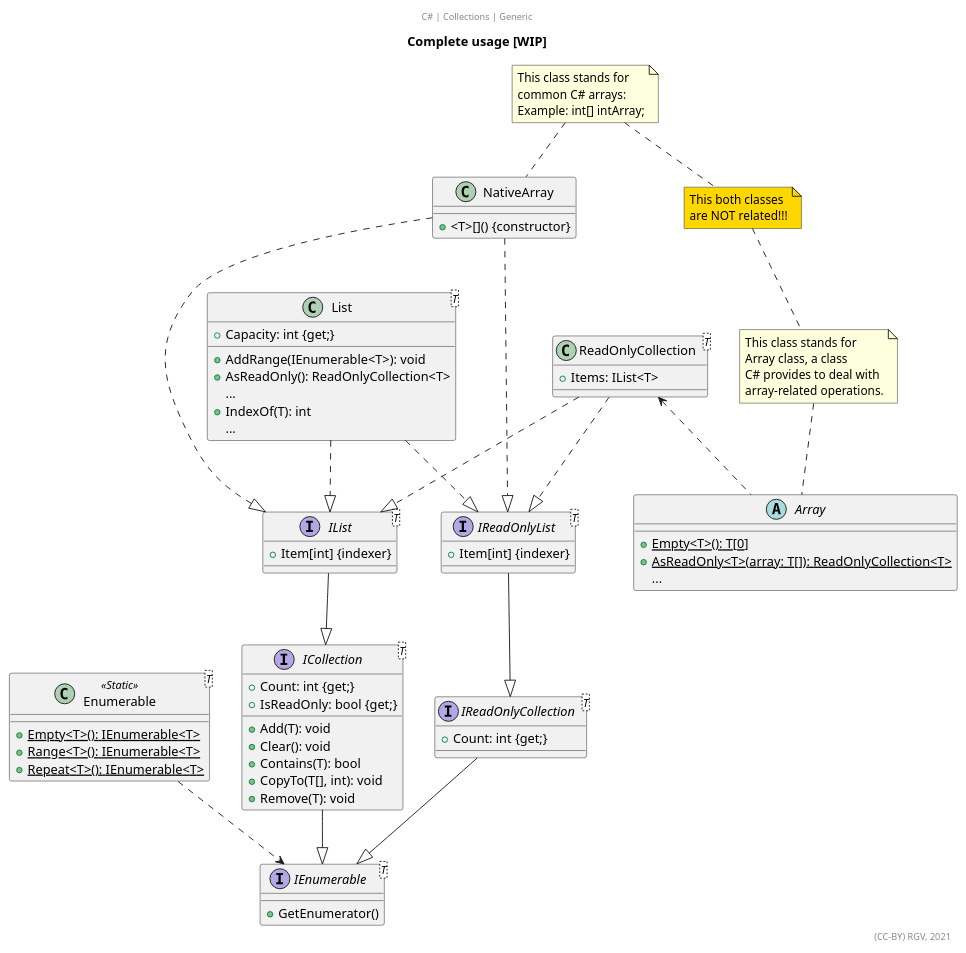
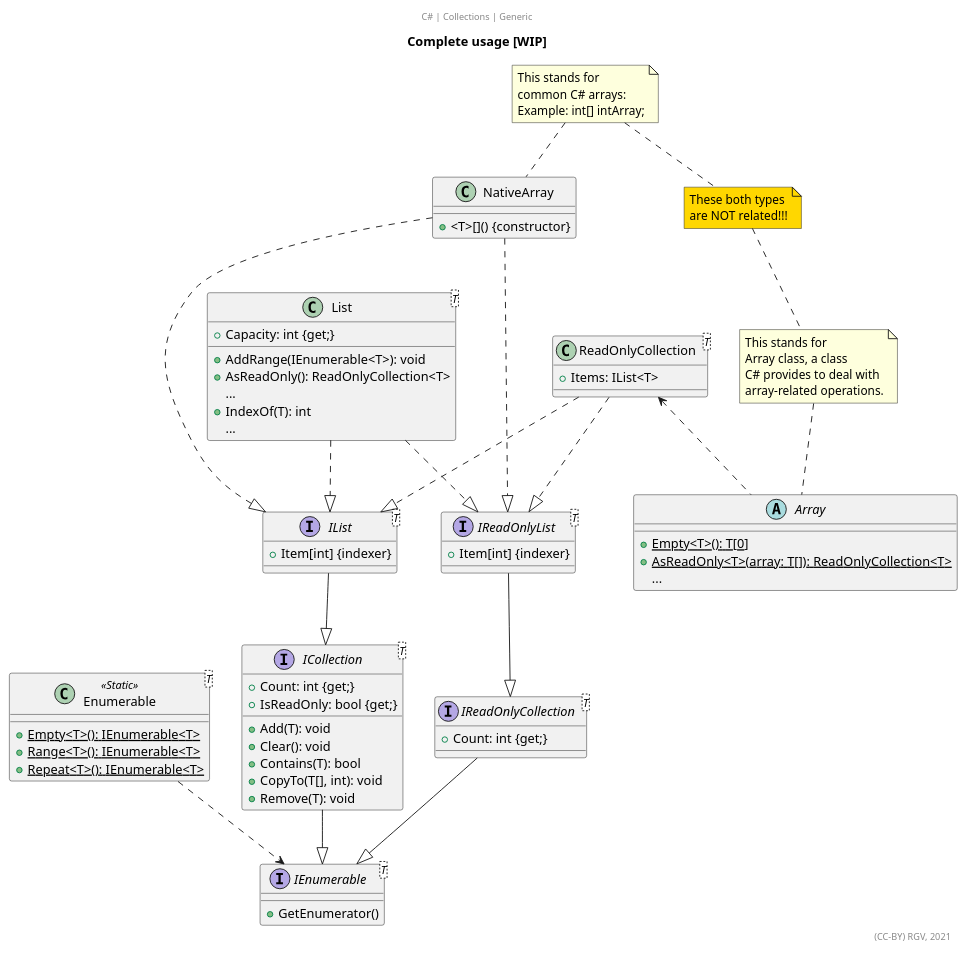
One commit to RicardoGuzmanVelasco/DomainModelling changed the diagram in C#/Collections.puml. Above: the diagram before and after it, drawn with PlantUML. The commit also changed 2 other files, not shown here.

```diff
--- a/C#/Collections.puml
+++ b/C#/Collections.puml
@@ -1,119 +1,119 @@
 @startuml
 'https://plantuml.com/class-diagram
 title Complete usage [WIP]
 center header C# | Collections | Generic
 '''''''''''''
 
 class NativeArray{
 +<T>[]() {constructor}
 }
 
 class ReadOnlyCollection<T>
 {
     +Items: IList<T>
 }
 
 class List<T>
 {
     +Capacity: int {get;}
     
     +AddRange(IEnumerable<T>): void
     +AsReadOnly(): ReadOnlyCollection<T>
     {method}...
     +IndexOf(T): int
     {method}...
 }
 
 abstract class Array
 {
     +{static}Empty<T>(): T[0]
     +{static}AsReadOnly<T>(array: T[]): ReadOnlyCollection<T>
     {method}...  
 }
 
 class  Enumerable<T> <<Static>>
 {
     +{static}Empty<T>(): IEnumerable<T>
     +{static}Range<T>(): IEnumerable<T>
     +{static}Repeat<T>(): IEnumerable<T>
 }
 
 interface IList<T>
 {
     +Item[int] {indexer}
 }
 
 interface IReadOnlyList<T>
 {
     +Item[int] {indexer}
 }
 
 interface IReadOnlyCollection<T>
 {
     +Count: int {get;}
 }
 
 interface ICollection<T>
 {
     +Count: int {get;}
     +IsReadOnly: bool {get;}
     
     +Add(T): void 
     +Clear(): void 
     +Contains(T): bool 
     +CopyTo(T[], int): void
     +Remove(T): void 
 }
 
 interface IEnumerable<T>
 {
     +GetEnumerator()
 }
 
 '''''''''''''
 
 ReadOnlyCollection ..|> IList
 ReadOnlyCollection ..|> IReadOnlyList
 
 List..|>IList
 List..|>IReadOnlyList
 
 note as NativeN
-This class stands for
+This stands for
 common C# arrays:
 Example: int[] intArray;
 end note
 NativeN .. NativeArray
 
 note as ArrayN
-This class stands for
+This stands for
 Array class, a class
 C# provides to deal with
 array-related operations.
 end note
 ArrayN .. Array
 
 Note as ArraysN #gold
-This both classes
+These both types
 are NOT related!!!
 end note
 ArraysN .. ArrayN
 ArraysN .u. NativeN
 
 NativeArray ...|> IReadOnlyList
 NativeArray ...|> IList
 
 ReadOnlyCollection <.. Array
 
 IReadOnlyList--|>IReadOnlyCollection
 
 IList --|> ICollection
 ICollection --|> IEnumerable
 
 IReadOnlyCollection --|> IEnumerable
 
 Enumerable ..> IEnumerable
 
 '''''''''''''
 right footer (CC-BY) RGV, 2021
 @enduml
```
